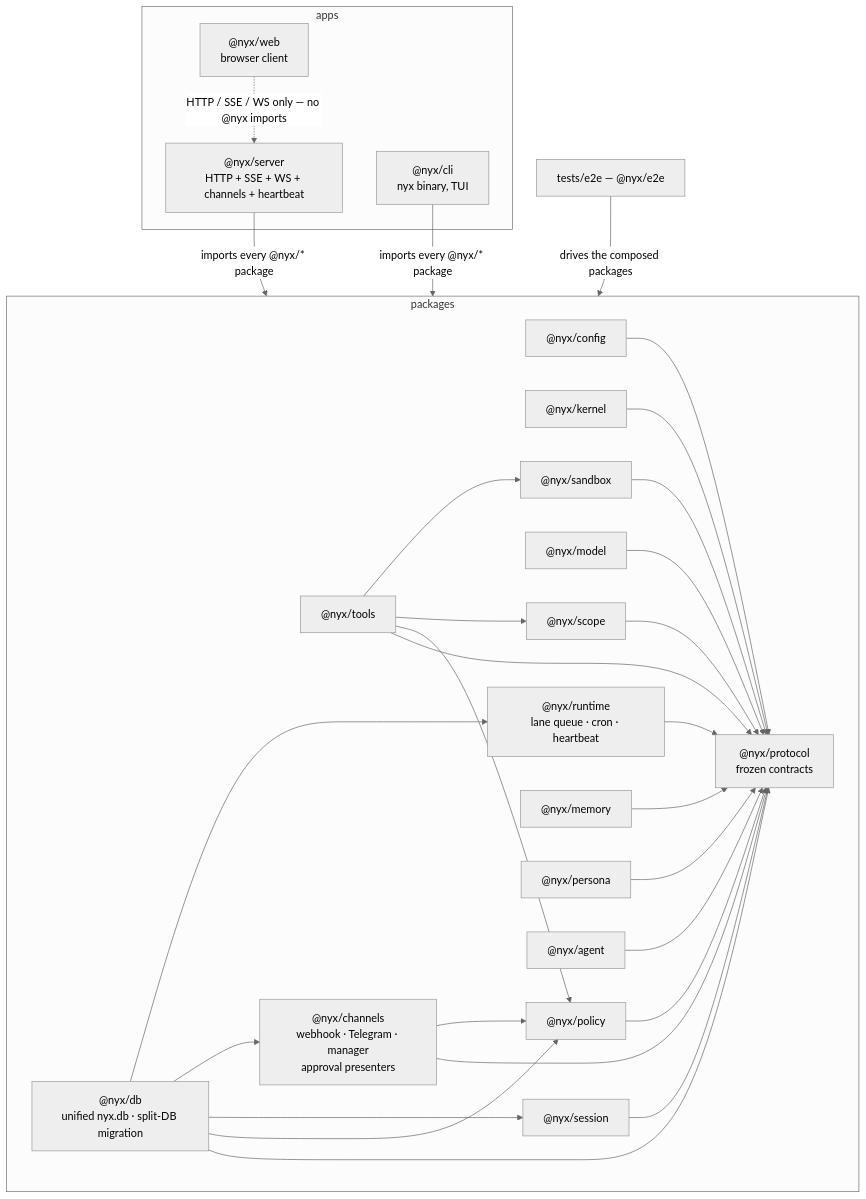
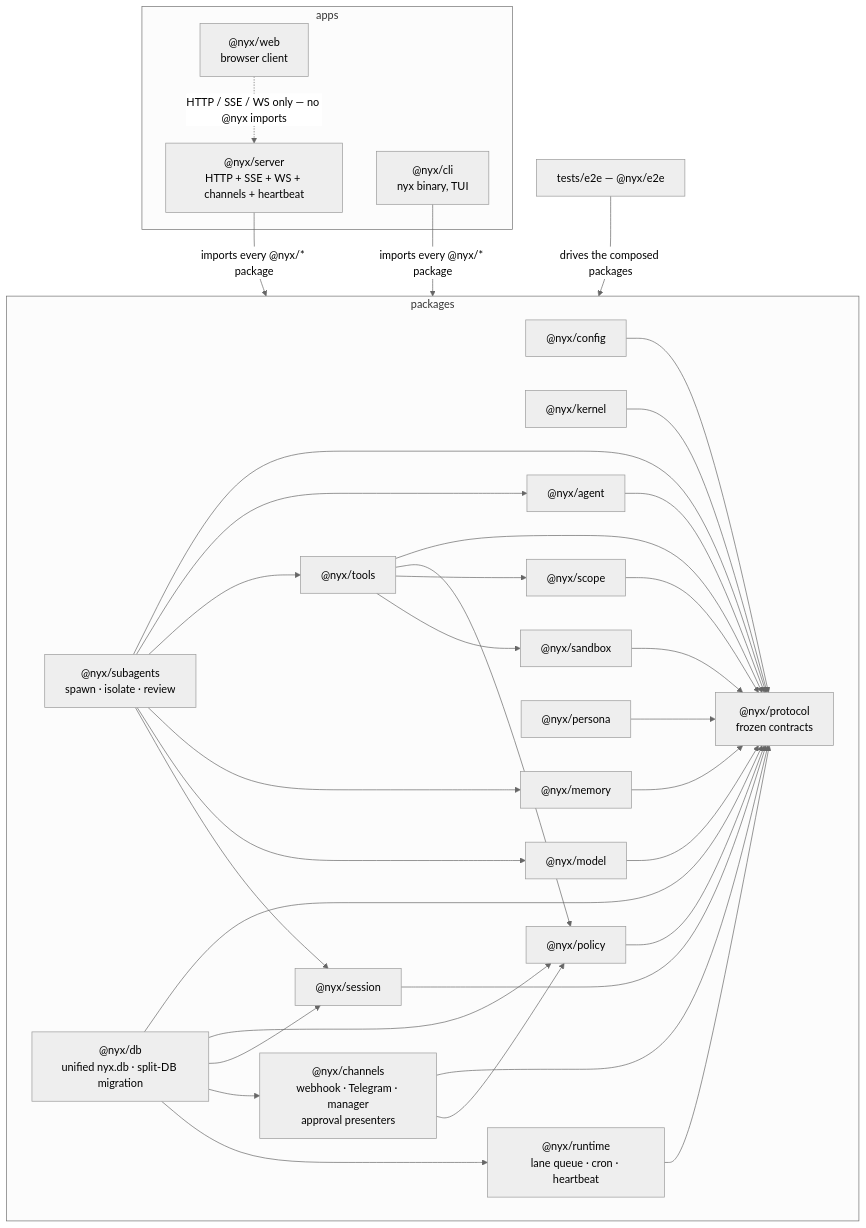
Before and after one commit to MIndFlare-V0RT3X/nyx: the first of 2 diagrams in docs/ARCHITECTURE.md, drawn with Mermaid (neutral theme). The commit also changed other lines of this file and 14 other files, not shown here.

Commit message:
docs: Phase 3 — SUBAGENTS.md, ARCHITECTURE (16-package graph), README, PROTOCOL, example config, CHANGELOG

````diff
--- a/docs/ARCHITECTURE.md
+++ b/docs/ARCHITECTURE.md
@@ -23,56 +23,63 @@
 ```mermaid
 flowchart TD
   subgraph apps["apps"]
     SERVER["@nyx/server<br/>HTTP + SSE + WS + channels + heartbeat"]
     CLI["@nyx/cli<br/>nyx binary, TUI"]
     WEB["@nyx/web<br/>browser client"]
   end
 
   subgraph libs["packages"]
     PROTOCOL["@nyx/protocol<br/>frozen contracts"]
     CONFIG["@nyx/config"]
     KERNEL["@nyx/kernel"]
     SESSION["@nyx/session"]
     MODEL["@nyx/model"]
     SCOPE["@nyx/scope"]
     POLICY["@nyx/policy"]
     SANDBOX["@nyx/sandbox"]
     MEMORY["@nyx/memory"]
     PERSONA["@nyx/persona"]
     TOOLS["@nyx/tools"]
     AGENT["@nyx/agent"]
     RUNTIME["@nyx/runtime<br/>lane queue · cron · heartbeat"]
     CHANNELS["@nyx/channels<br/>webhook · Telegram · manager<br/>approval presenters"]
+    SUBAGENTS["@nyx/subagents<br/>spawn · isolate · review"]
     DB["@nyx/db<br/>unified nyx.db · split-DB migration"]
   end
 
   E2E["tests/e2e — @nyx/e2e"]
 
   CONFIG --> PROTOCOL
   KERNEL --> PROTOCOL
   SESSION --> PROTOCOL
   MODEL --> PROTOCOL
   SCOPE --> PROTOCOL
   POLICY --> PROTOCOL
   SANDBOX --> PROTOCOL
   MEMORY --> PROTOCOL
   PERSONA --> PROTOCOL
   AGENT --> PROTOCOL
   TOOLS --> PROTOCOL
   TOOLS --> POLICY
   TOOLS --> SCOPE
   TOOLS --> SANDBOX
   RUNTIME --> PROTOCOL
+  SUBAGENTS --> PROTOCOL
+  SUBAGENTS --> AGENT
+  SUBAGENTS --> TOOLS
+  SUBAGENTS --> MEMORY
+  SUBAGENTS --> MODEL
+  SUBAGENTS --> SESSION
   CHANNELS --> PROTOCOL
   CHANNELS --> POLICY
   DB --> PROTOCOL
   DB --> POLICY
   DB --> SESSION
   DB --> CHANNELS
   DB --> RUNTIME
 
   SERVER -->|"imports every @nyx/* package"| libs
   CLI -->|"imports every @nyx/* package"| libs
   E2E -->|"drives the composed packages"| libs
   WEB -.->|"HTTP / SSE / WS only — no @nyx imports"| SERVER
 ```
````
